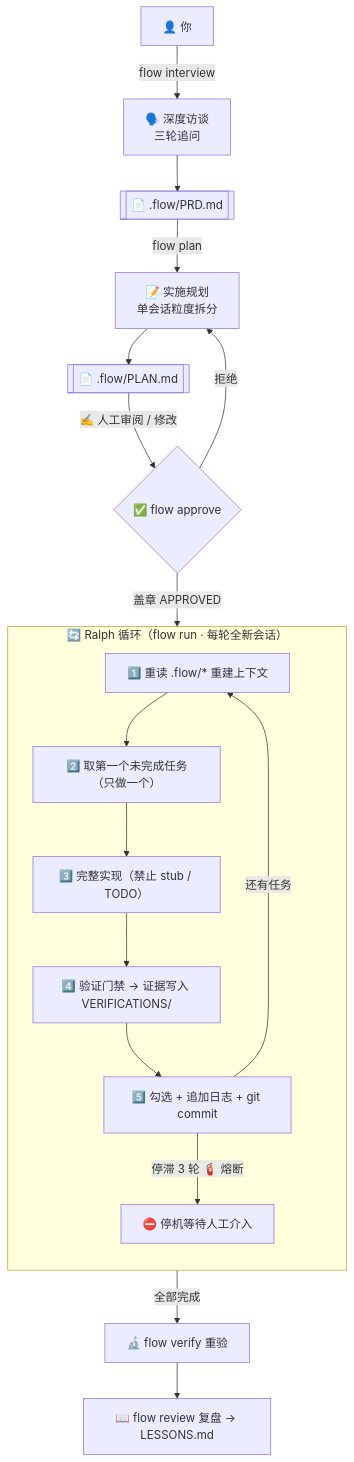
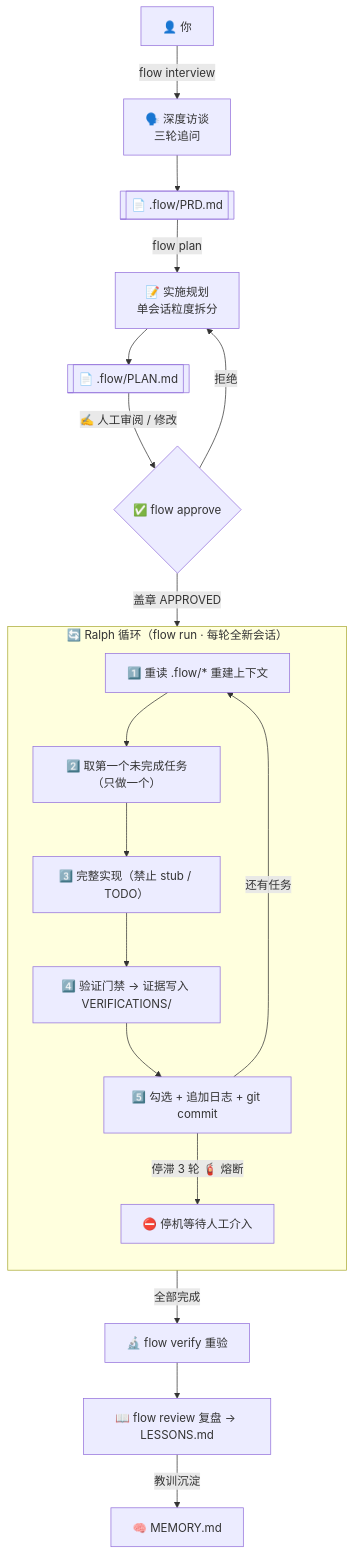
Before and after one commit to KanQiXing/codex-autoflow: the diagram in README.md, drawn with Mermaid. The commit also changed other lines of this file and 8 other files, not shown here.

First line of the commit message:
feat: flow-skills-hub + 全面重设计 README（第三波蒸馏）

````diff
--- a/README.md
+++ b/README.md
@@ -129,21 +224,22 @@
 ```mermaid
 flowchart TD
     U["👤 你"] -->|"flow interview"| I["🗣️ 深度访谈<br/>三轮追问"]
     I --> PRD[["📄 .flow/PRD.md"]]
     PRD -->|"flow plan"| P["📝 实施规划<br/>单会话粒度拆分"]
     P --> PLAN[["📄 .flow/PLAN.md"]]
     PLAN -->|"✍️ 人工审阅 / 修改"| A{"✅ flow approve"}
     A -->|"拒绝"| P
     A -->|"盖章 APPROVED"| R
     subgraph R["🔄 Ralph 循环（flow run · 每轮全新会话）"]
         direction TB
         C1["1️⃣ 重读 .flow/* 重建上下文"] --> C2["2️⃣ 取第一个未完成任务（只做一个）"]
         C2 --> C3["3️⃣ 完整实现（禁止 stub / TODO）"]
         C3 --> C4["4️⃣ 验证门禁 → 证据写入 VERIFICATIONS/"]
         C4 --> C5["5️⃣ 勾选 + 追加日志 + git commit"]
         C5 -->|"还有任务"| C1
         C5 -->|"停滞 3 轮 🧯 熔断"| STOP["⛔ 停机等待人工介入"]
     end
     R -->|"全部完成"| V["🔬 flow verify 重验"]
     V --> RV["📖 flow review 复盘 → LESSONS.md"]
+    RV -->|"教训沉淀"| MEM["🧠 MEMORY.md"]
 ```
````
